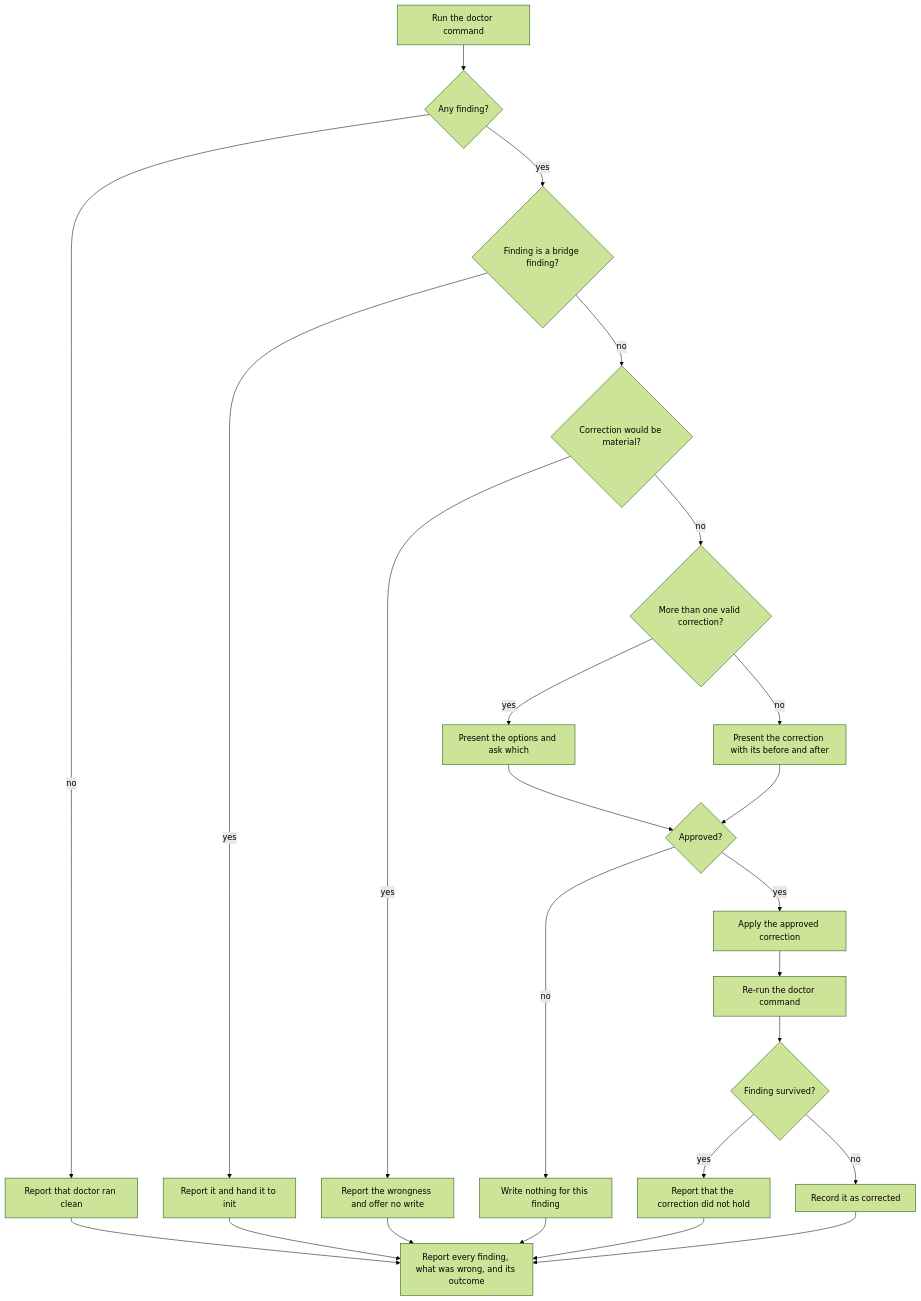
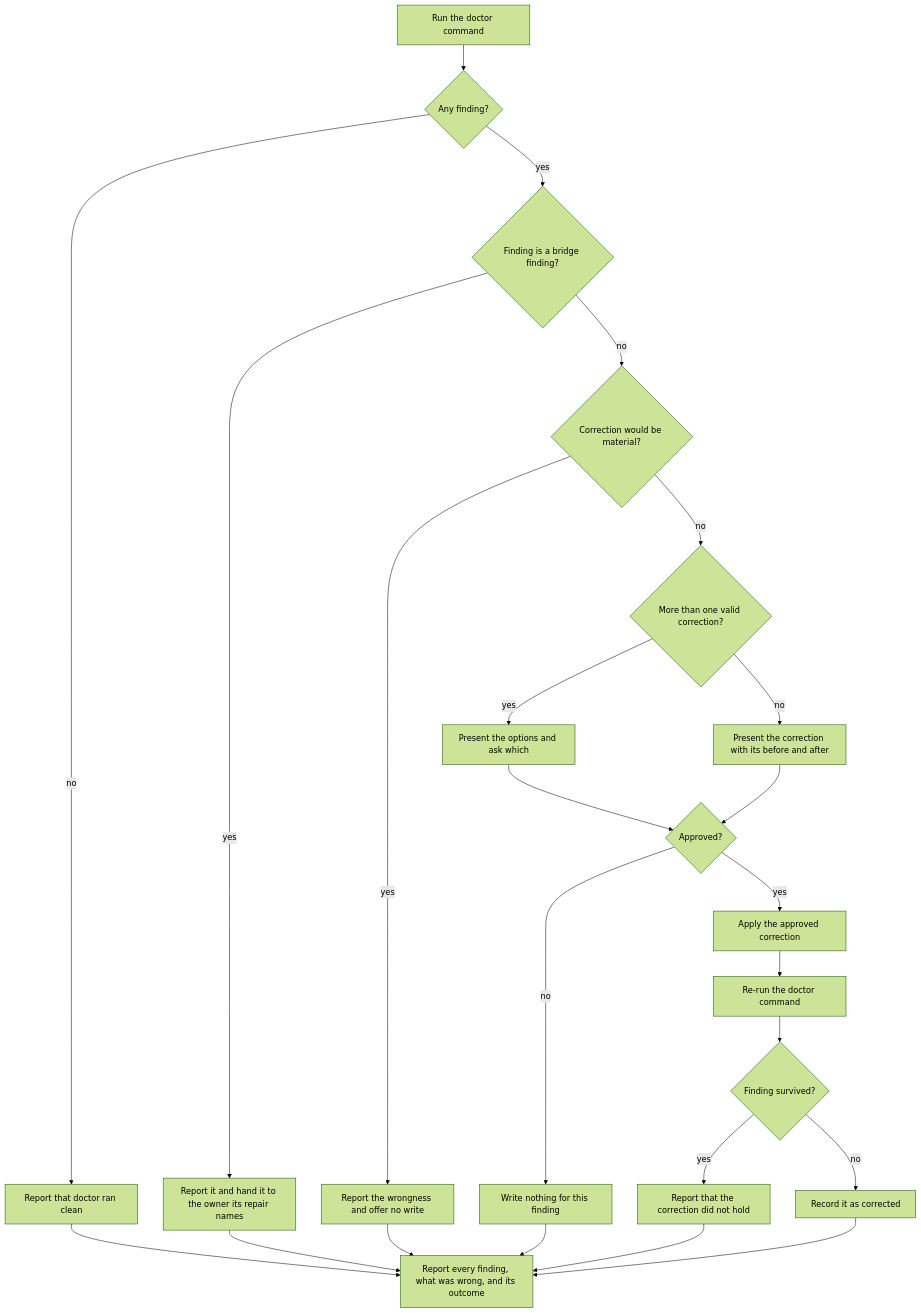
One commit to repobuddy/buddy-agent-harness changed the diagram in packages/buddy-agent-harness/.agents/spec/skills/repair/README.md. Above: the diagram before and after it, drawn with Mermaid (forest theme). The commit also changed other lines of this file and 24 other files, not shown here.

First line of the commit message:
spec: backfill doctor's bridge and instruction findings, and home the doctor→repair flow (#66)

````diff
--- a/packages/buddy-agent-harness/.agents/spec/skills/repair/README.md
+++ b/packages/buddy-agent-harness/.agents/spec/skills/repair/README.md
@@ -83,26 +83,26 @@
 ```mermaid
 flowchart TD
   A[Run the doctor command] --> B{Any finding?}
   B -->|no| C[Report that doctor ran clean]
   B -->|yes| D{Finding is a bridge finding?}
-  D -->|yes| E[Report it and hand it to init]
+  D -->|yes| E[Report it and hand it to the owner its repair names]
   D -->|no| F{Correction would be material?}
   F -->|yes| G[Report the wrongness and offer no write]
   F -->|no| H{More than one valid correction?}
   H -->|yes| I[Present the options and ask which]
   H -->|no| J[Present the correction with its before and after]
   I --> K{Approved?}
   J --> K
   K -->|no| L[Write nothing for this finding]
   K -->|yes| M[Apply the approved correction]
   M --> N[Re-run the doctor command]
   N --> O{Finding survived?}
   O -->|yes| P[Report that the correction did not hold]
   O -->|no| Q[Record it as corrected]
   C --> R[Report every finding, what was wrong, and its outcome]
   E --> R
   G --> R
   L --> R
   P --> R
   Q --> R
 ```
````
